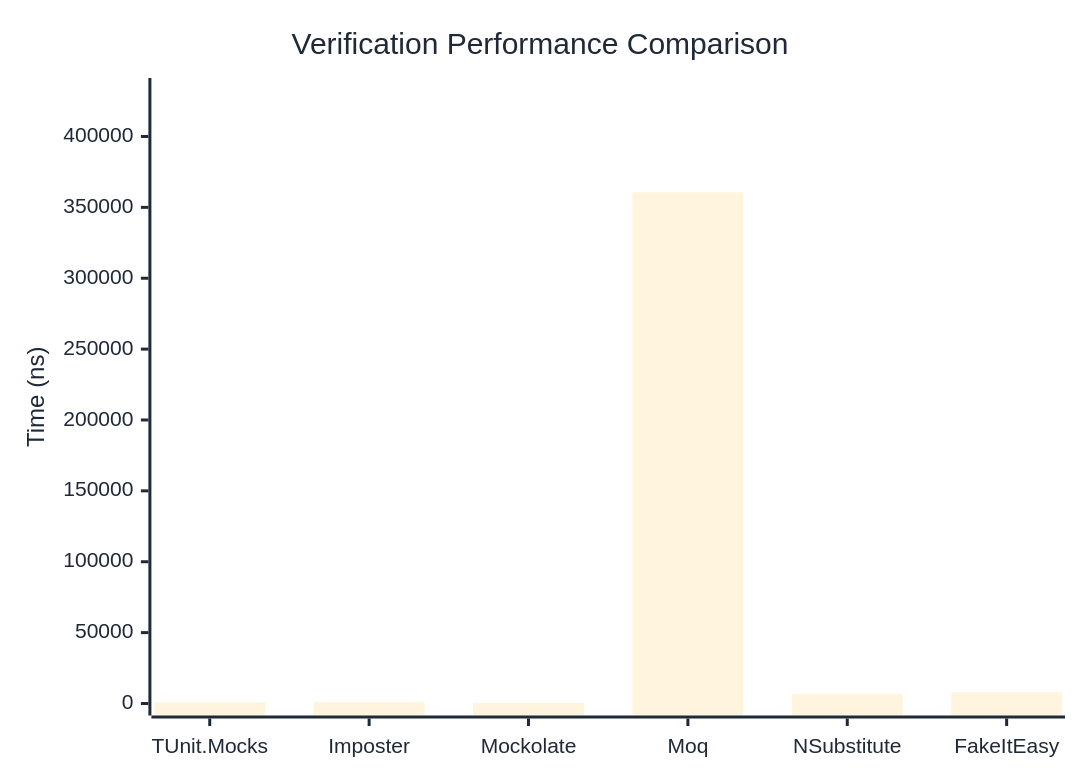
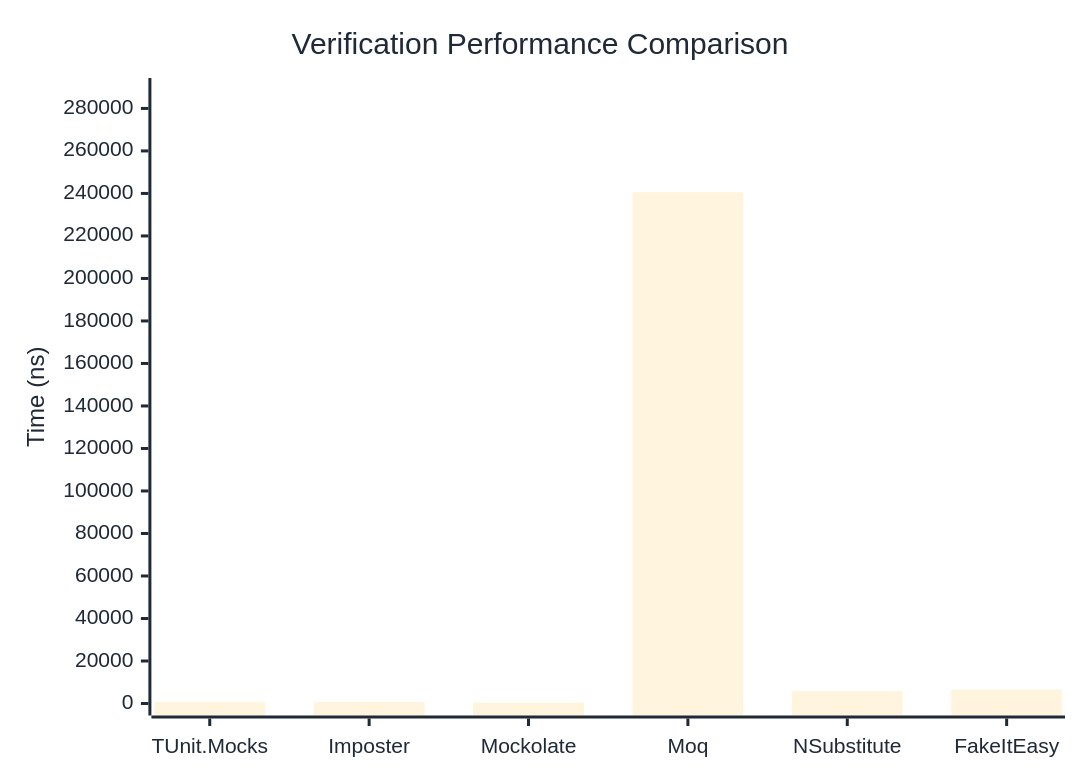
The first of 3 diagrams in docs/docs/benchmarks/mocks/Verification.md (thomhurst/TUnit), drawn with Mermaid before and after one commit. The commit also changed other lines of this file and 14 other files, not shown here.

````diff
--- a/docs/docs/benchmarks/mocks/Verification.md
+++ b/docs/docs/benchmarks/mocks/Verification.md
@@ -30,27 +30,27 @@
 ```mermaid
 %%{init: {
   'theme':'base',
   'themeVariables': {
     'primaryColor': '#2563eb',
     'primaryTextColor': '#1f2937',
     'primaryBorderColor': '#1e40af',
     'lineColor': '#6b7280',
     'secondaryColor': '#7c3aed',
     'tertiaryColor': '#dc2626',
     'background': '#ffffff',
     'pie1': '#2563eb',
     'pie2': '#7c3aed',
     'pie3': '#dc2626',
     'pie4': '#f59e0b',
     'pie5': '#10b981',
     'pie6': '#06b6d4',
     'pie7': '#ec4899',
     'pie8': '#6366f1'
   }
 }}%%
 xychart-beta
   title "Verification Performance Comparison"
   x-axis ["TUnit.Mocks", "Imposter", "Mockolate", "Moq", "NSubstitute", "FakeItEasy"]
-  y-axis "Time (ns)" 0 --> 432789
-  bar [850.61, 883.33, 482.71, 360656.91, 6660.3, 7936.47]
+  y-axis "Time (ns)" 0 --> 288672
+  bar [779.15, 716.36, 399.19, 240559.49, 5900.53, 6571.55]
 ```
````
